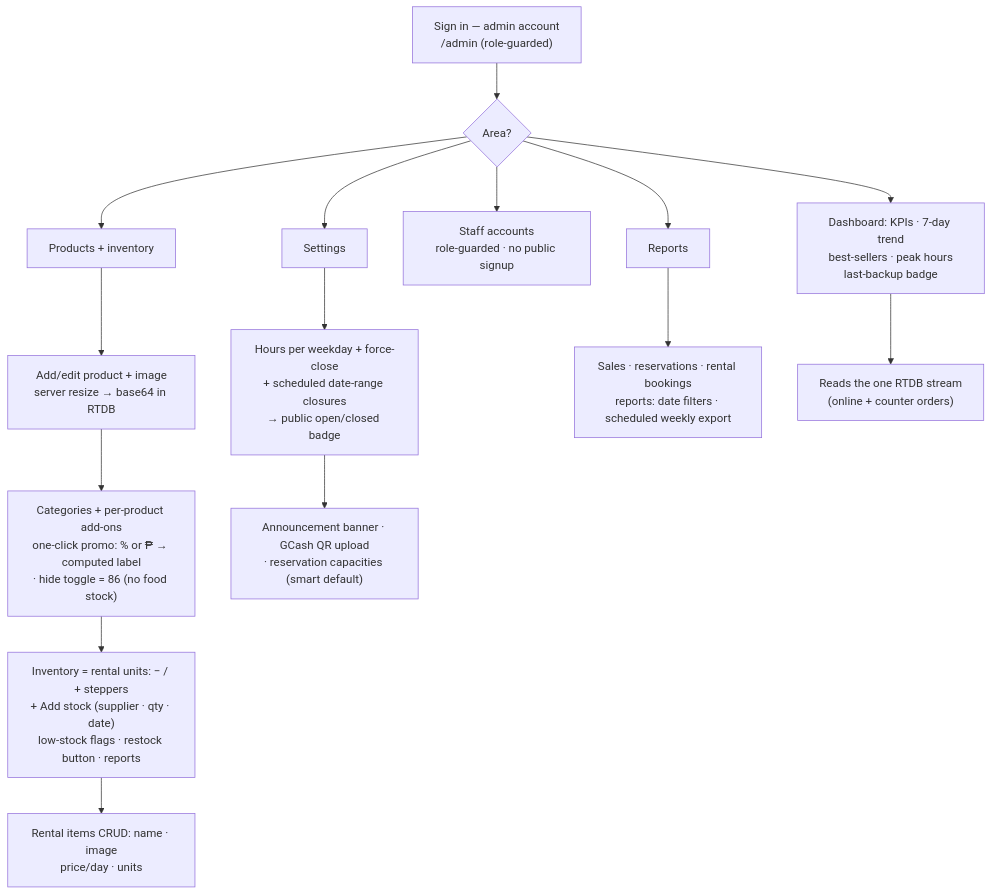
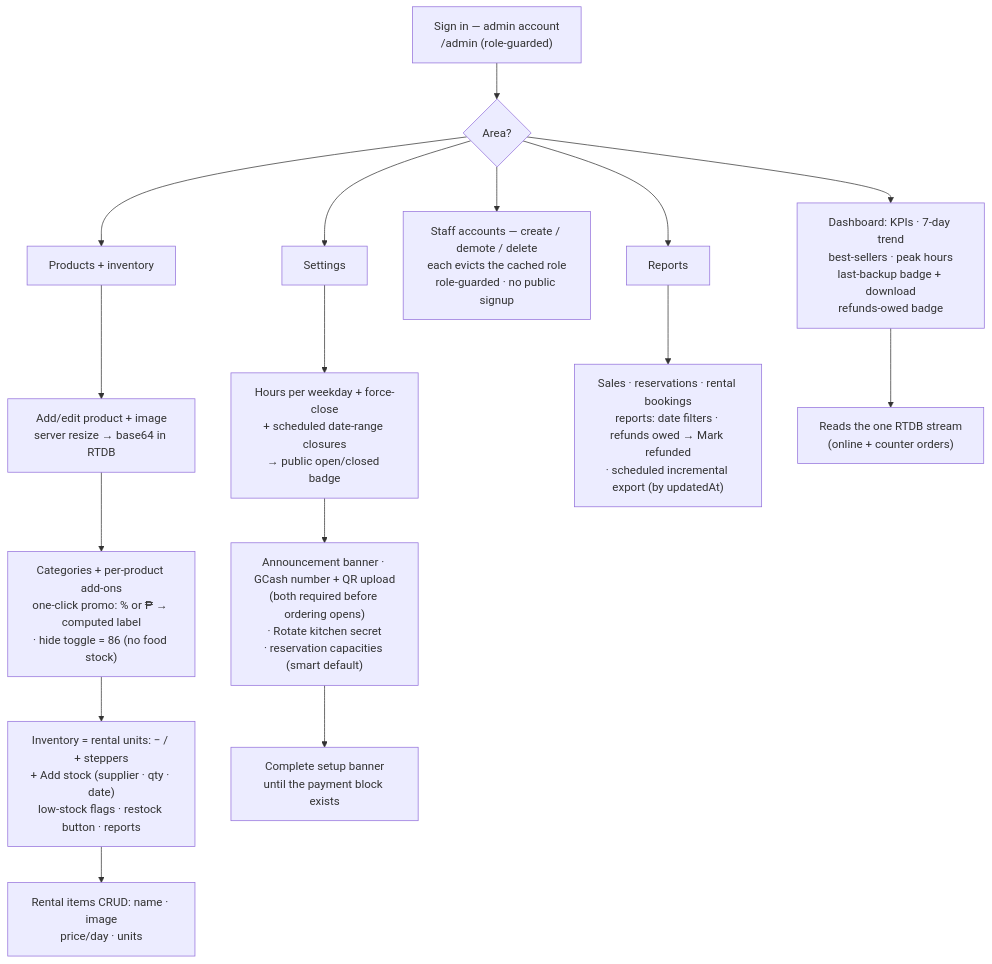
The diagram in docs/flow-charts/admin.md (S1NXIAN/CRNP), drawn with Mermaid before and after one commit. The commit also changed 5 other files, not shown here.

````diff
--- a/docs/flow-charts/admin.md
+++ b/docs/flow-charts/admin.md
@@ -3,17 +3,18 @@
 ```mermaid
 flowchart TD
     A["Sign in — admin account<br/>/admin (role-guarded)"] --> B{"Area?"}
-    B --> C["Dashboard: KPIs · 7-day trend<br/>best-sellers · peak hours<br/>last-backup badge"]
+    B --> C["Dashboard: KPIs · 7-day trend<br/>best-sellers · peak hours<br/>last-backup badge + download<br/>refunds-owed badge"]
     B --> D["Products + inventory"]
-    B --> SA["Staff accounts<br/>role-guarded · no public signup"]
+    B --> SA["Staff accounts — create / demote / delete<br/>each evicts the cached role<br/>role-guarded · no public signup"]
     B --> E["Settings"]
     B --> F["Reports"]
     D --> D1["Add/edit product + image<br/>server resize → base64 in RTDB"]
     D1 --> D2["Categories + per-product add-ons<br/>one-click promo: % or ₱ → computed label<br/>· hide toggle = 86 (no food stock)"]
     D2 --> D3["Inventory = rental units: − / + steppers<br/>+ Add stock (supplier · qty · date)<br/>low-stock flags · restock button · reports"]
     D3 --> D4["Rental items CRUD: name · image<br/>price/day · units"]
     E --> E1["Hours per weekday + force-close<br/>+ scheduled date-range closures<br/>→ public open/closed badge"]
-    E1 --> E2["Announcement banner · GCash QR upload<br/>· reservation capacities (smart default)"]
-    F --> F1["Sales · reservations · rental bookings<br/>reports: date filters · scheduled weekly export"]
+    E1 --> E2["Announcement banner · GCash number + QR upload<br/>(both required before ordering opens)<br/>· Rotate kitchen secret<br/>· reservation capacities (smart default)"]
+    E2 --> E3["Complete setup banner<br/>until the payment block exists"]
+    F --> F1["Sales · reservations · rental bookings<br/>reports: date filters · refunds owed → Mark refunded<br/>· scheduled incremental export (by updatedAt)"]
     C --> G["Reads the one RTDB stream<br/>(online + counter orders)"]
 ```
````
